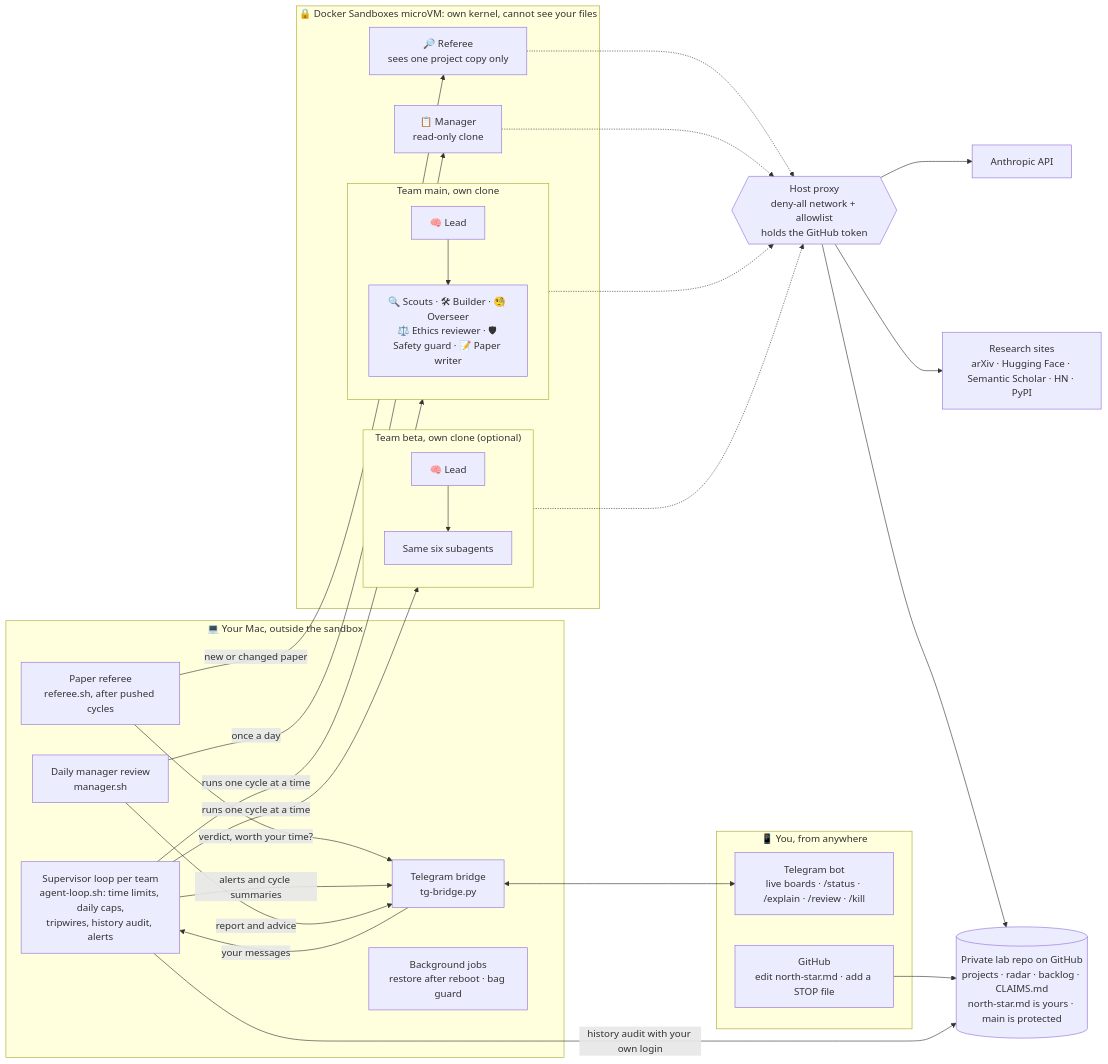
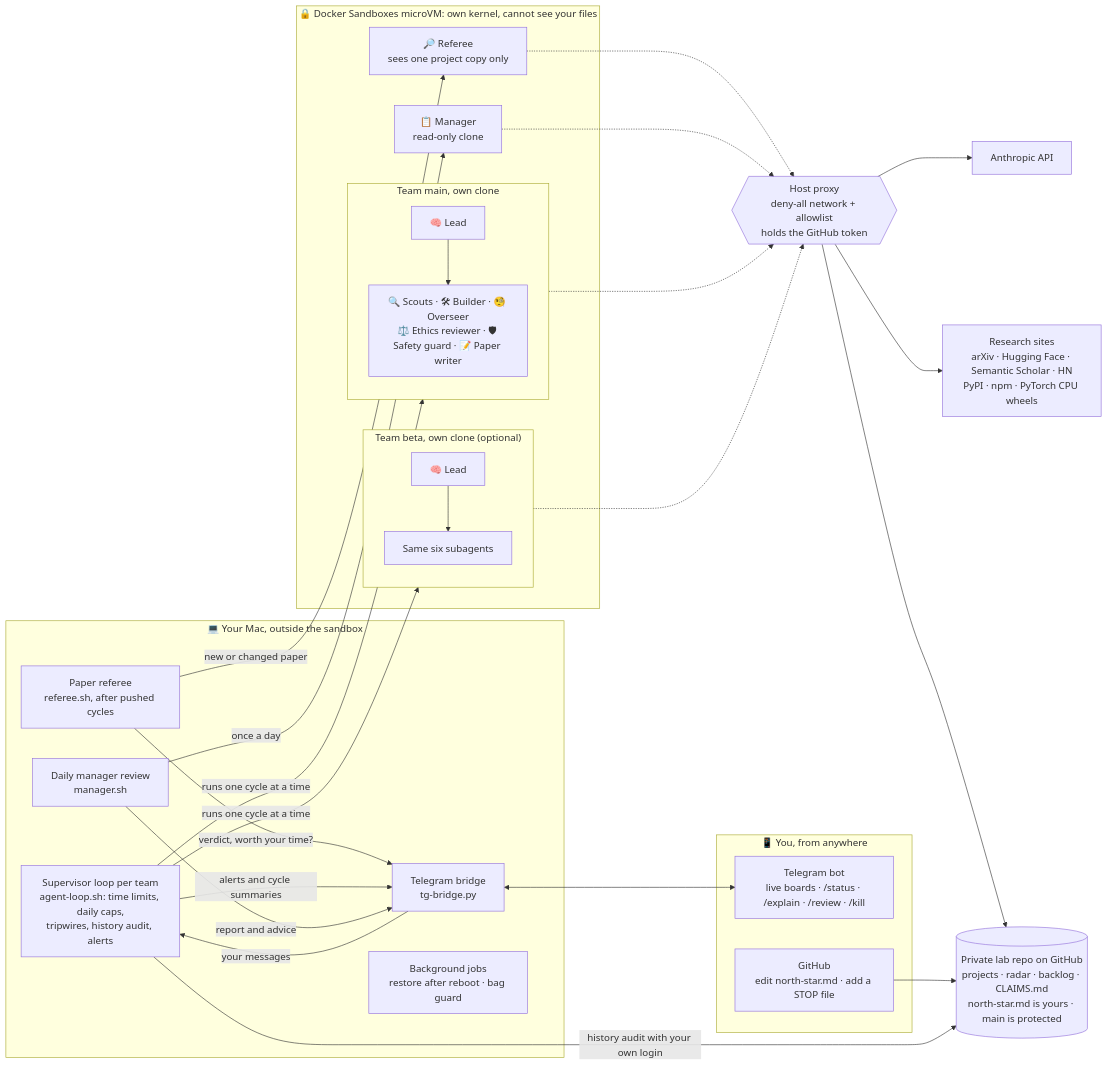
Before and after one commit to pranavnandyalam/autonomous-research-lab: the diagram in README.md, drawn with Mermaid. The commit also changed other lines of this file and 1 other file, not shown here.

Commit message:
docs: README and DESIGN match the current code (CPU torch, shared cache, tmux exact match, questions alert, @team commands, referee, process cleanup)

````diff
--- a/README.md
+++ b/README.md
@@ -16,50 +16,50 @@
 ```mermaid
 flowchart LR
   subgraph PHONE["📱 You, from anywhere"]
     TG["Telegram bot<br/>live boards · /status · /explain · /review · /kill"]
     GHAPP["GitHub<br/>edit north-star.md · add a STOP file"]
   end
 
   subgraph MAC["💻 Your Mac, outside the sandbox"]
     LOOPS["Supervisor loop per team<br/>agent-loop.sh: time limits, daily caps,<br/>tripwires, history audit, alerts"]
     BRIDGE["Telegram bridge<br/>tg-bridge.py"]
     MGR["Daily manager review<br/>manager.sh"]
     REFS["Paper referee<br/>referee.sh, after pushed cycles"]
     JOBS["Background jobs<br/>restore after reboot · bag guard"]
   end
 
   subgraph VM["🔒 Docker Sandboxes microVM: own kernel, cannot see your files"]
     subgraph TEAMA["Team main, own clone"]
       LA["🧠 Lead"] --> SA["🔍 Scouts · 🛠 Builder · 🧐 Overseer<br/>⚖️ Ethics reviewer · 🛡 Safety guard · 📝 Paper writer"]
     end
     subgraph TEAMB["Team beta, own clone (optional)"]
       LB["🧠 Lead"] --> SB["Same six subagents"]
     end
     MR["📋 Manager<br/>read-only clone"]
     RF["🔎 Referee<br/>sees one project copy only"]
   end
 
   PROXY{{"Host proxy<br/>deny-all network + allowlist<br/>holds the GitHub token"}}
-  NET["Research sites<br/>arXiv · Hugging Face · Semantic Scholar · HN · PyPI"]
+  NET["Research sites<br/>arXiv · Hugging Face · Semantic Scholar · HN<br/>PyPI · npm · PyTorch CPU wheels"]
   REPO[("Private lab repo on GitHub<br/>projects · radar · backlog · CLAIMS.md<br/>north-star.md is yours · main is protected")]
   API["Anthropic API"]
 
   LOOPS -- "runs one cycle at a time" --> TEAMA
   LOOPS -- "runs one cycle at a time" --> TEAMB
   MGR -- "once a day" --> MR
   REFS -- "new or changed paper" --> RF
   RF -.-> PROXY
   REFS -- "verdict, worth your time?" --> BRIDGE
   TEAMA -.-> PROXY
   TEAMB -.-> PROXY
   MR -.-> PROXY
   PROXY --> NET
   PROXY --> REPO
   PROXY --> API
   LOOPS -- "alerts and cycle summaries" --> BRIDGE
   MGR -- "report and advice" --> BRIDGE
   BRIDGE <--> TG
   BRIDGE -- "your messages" --> LOOPS
   GHAPP --> REPO
   LOOPS -- "history audit with your own login" --> REPO
 ```
````
